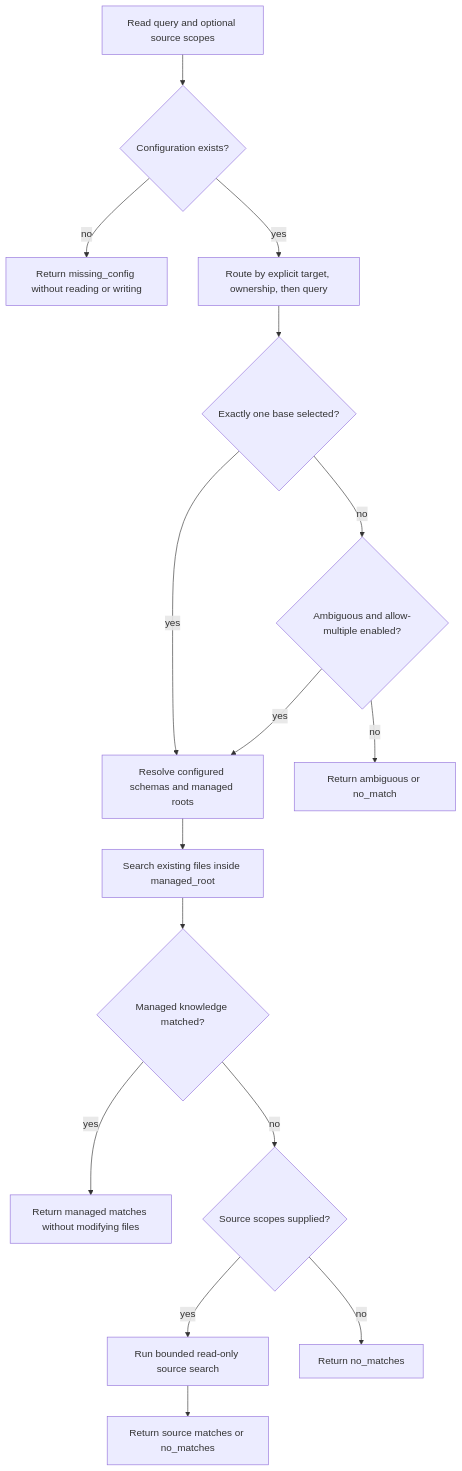
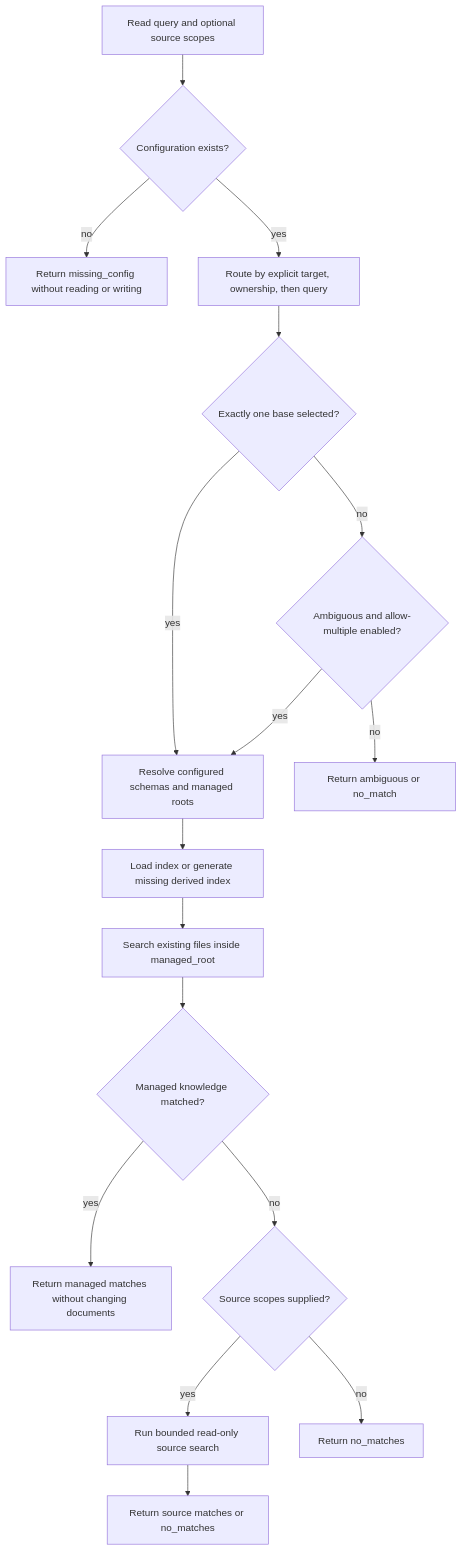
The first of 2 diagrams in active/mem/README.md (kevinslin/agstack), drawn with Mermaid before and after one commit. The commit also changed other lines of this file and 22 other files, not shown here.

````diff
--- a/active/mem/README.md
+++ b/active/mem/README.md
@@ -160,18 +230,19 @@
 ```mermaid
 flowchart TD
     ReadRequest["Read query and optional source scopes"] --> ReadConfig{"Configuration exists?"}
     ReadConfig -->|no| ReadMissing["Return missing_config without reading or writing"]
     ReadConfig -->|yes| ReadRoute["Route by explicit target, ownership, then query"]
     ReadRoute --> ReadSelected{"Exactly one base selected?"}
     ReadSelected -->|yes| ReadSchemas["Resolve configured schemas and managed roots"]
     ReadSelected -->|no| ReadMultiple{"Ambiguous and allow-multiple enabled?"}
     ReadMultiple -->|yes| ReadSchemas
     ReadMultiple -->|no| ReadStop["Return ambiguous or no_match"]
-    ReadSchemas --> ReadManaged["Search existing files inside managed_root"]
+    ReadSchemas --> ReadIndex["Load index or generate missing derived index"]
+    ReadIndex --> ReadManaged["Search existing files inside managed_root"]
     ReadManaged --> ReadFound{"Managed knowledge matched?"}
-    ReadFound -->|yes| ReadResult["Return managed matches without modifying files"]
+    ReadFound -->|yes| ReadResult["Return managed matches without changing documents"]
     ReadFound -->|no| ReadSources{"Source scopes supplied?"}
     ReadSources -->|yes| ReadFallback["Run bounded read-only source search"]
     ReadFallback --> ReadSourceResult["Return source matches or no_matches"]
     ReadSources -->|no| ReadNone["Return no_matches"]
 ```
````
